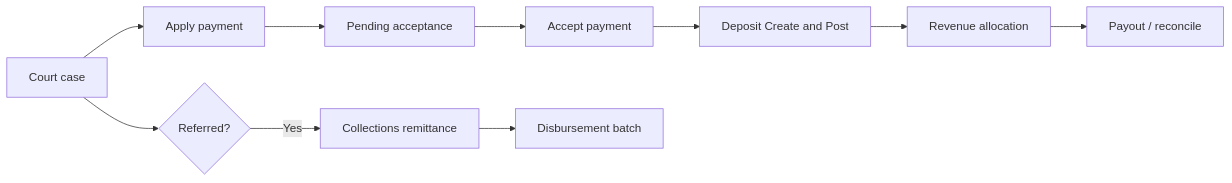
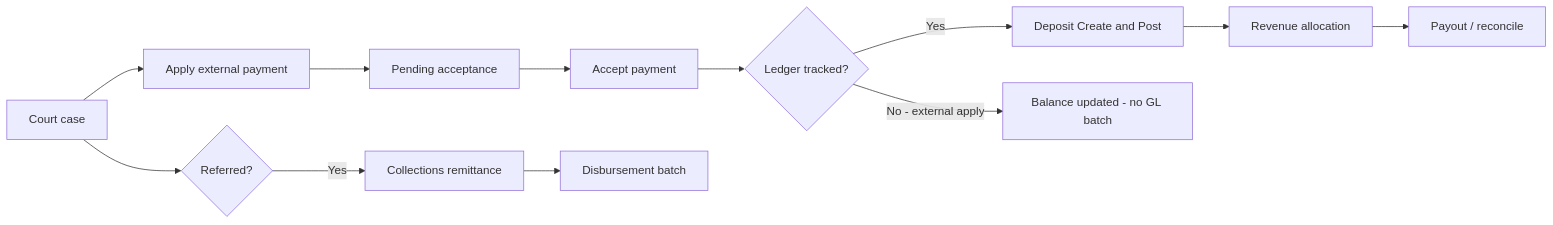
The diagram in customer/getting-started/journeys/court-payment-to-accounting.md (mkeslin/tls-docs-repo), drawn with Mermaid before and after one commit. The commit also changed other lines of this file and 5 other files, not shown here.

````diff
--- a/customer/getting-started/journeys/court-payment-to-accounting.md
+++ b/customer/getting-started/journeys/court-payment-to-accounting.md
@@ -14,12 +14,14 @@
 ```mermaid
 flowchart LR
-  A[Court case] --> B[Apply payment]
+  A[Court case] --> B[Apply external payment]
   B --> C[Pending acceptance]
   C --> D[Accept payment]
-  D --> E[Deposit Create and Post]
-  E --> F[Revenue allocation]
-  F --> G[Payout / reconcile]
-  A --> H{Referred?}
-  H -->|Yes| I[Collections remittance]
-  I --> J[Disbursement batch]
+  D --> E{Ledger tracked?}
+  E -->|Yes| F[Deposit Create and Post]
+  F --> G[Revenue allocation]
+  G --> H[Payout / reconcile]
+  E -->|No - external apply| I[Balance updated - no GL batch]
+  A --> J{Referred?}
+  J -->|Yes| K[Collections remittance]
+  K --> L[Disbursement batch]
 ```
````
